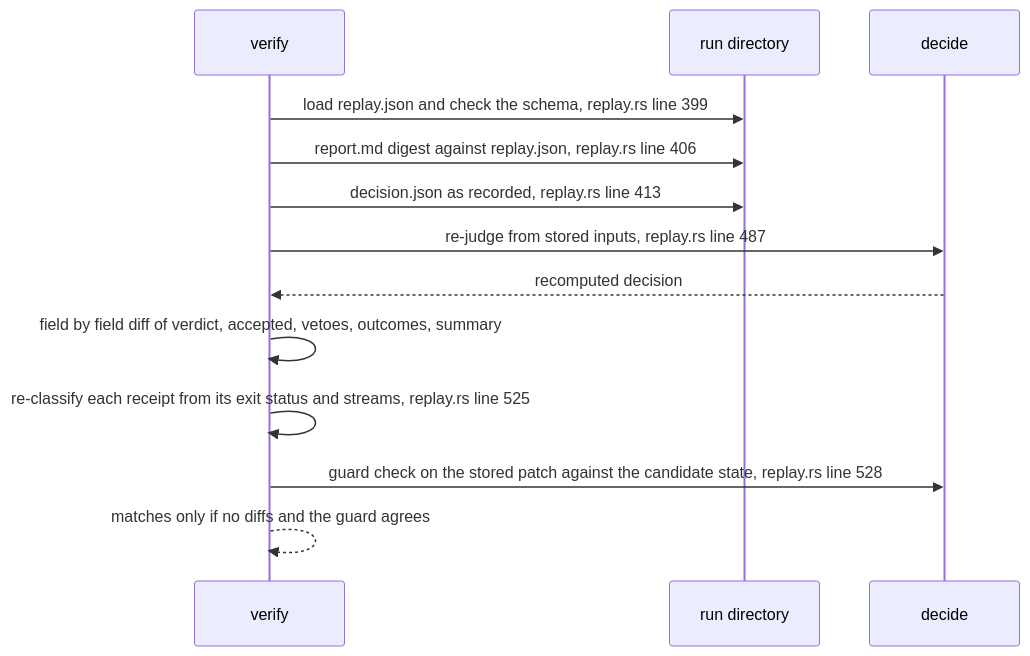
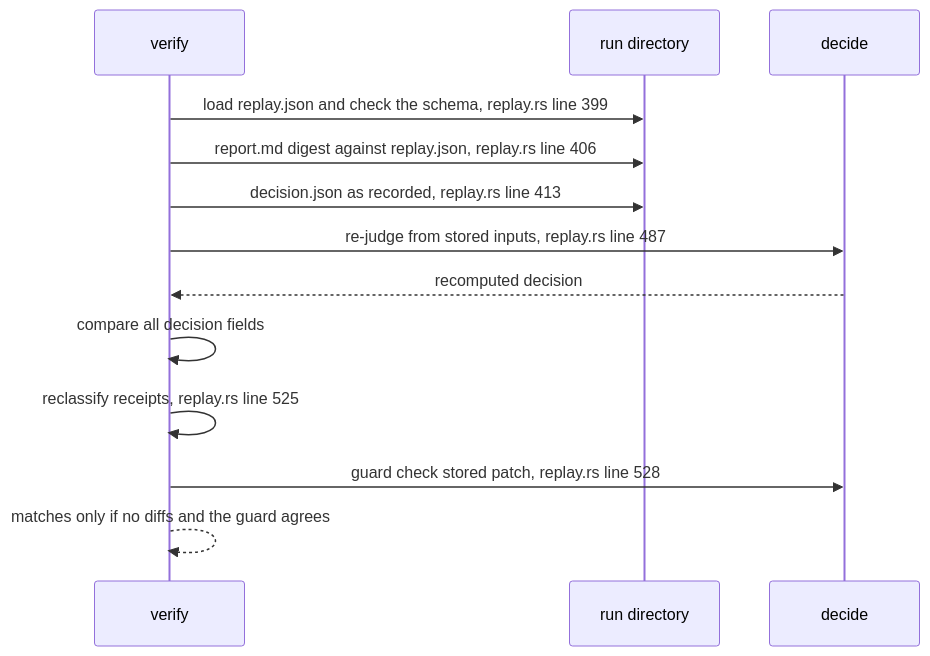
Before and after one commit to DreamLab-AI/dream-engine: the second of 2 diagrams in docs/diagrams/nightly/02-replay-capture-and-verify.md, drawn with Mermaid. The commit also changed other lines of this file and 11 other files, not shown here.

Commit message:
docs: reconcile all dream-engine diagrams with current source contracts

````diff
--- a/docs/diagrams/nightly/02-replay-capture-and-verify.md
+++ b/docs/diagrams/nightly/02-replay-capture-and-verify.md
@@ -65,15 +63,15 @@
 ```mermaid
 sequenceDiagram
     participant V as verify
     participant D as run directory
     participant G as decide
     V->>D: load replay.json and check the schema, replay.rs line 399
     V->>D: report.md digest against replay.json, replay.rs line 406
     V->>D: decision.json as recorded, replay.rs line 413
     V->>G: re-judge from stored inputs, replay.rs line 487
     G-->>V: recomputed decision
-    V->>V: field by field diff of verdict, accepted, vetoes, outcomes, summary
-    V->>V: re-classify each receipt from its exit status and streams, replay.rs line 525
-    V->>G: guard check on the stored patch against the candidate state, replay.rs line 528
+    V->>V: compare all decision fields
+    V->>V: reclassify receipts, replay.rs line 525
+    V->>G: guard check stored patch, replay.rs line 528
     V-->>V: matches only if no diffs and the guard agrees
 ```
````
